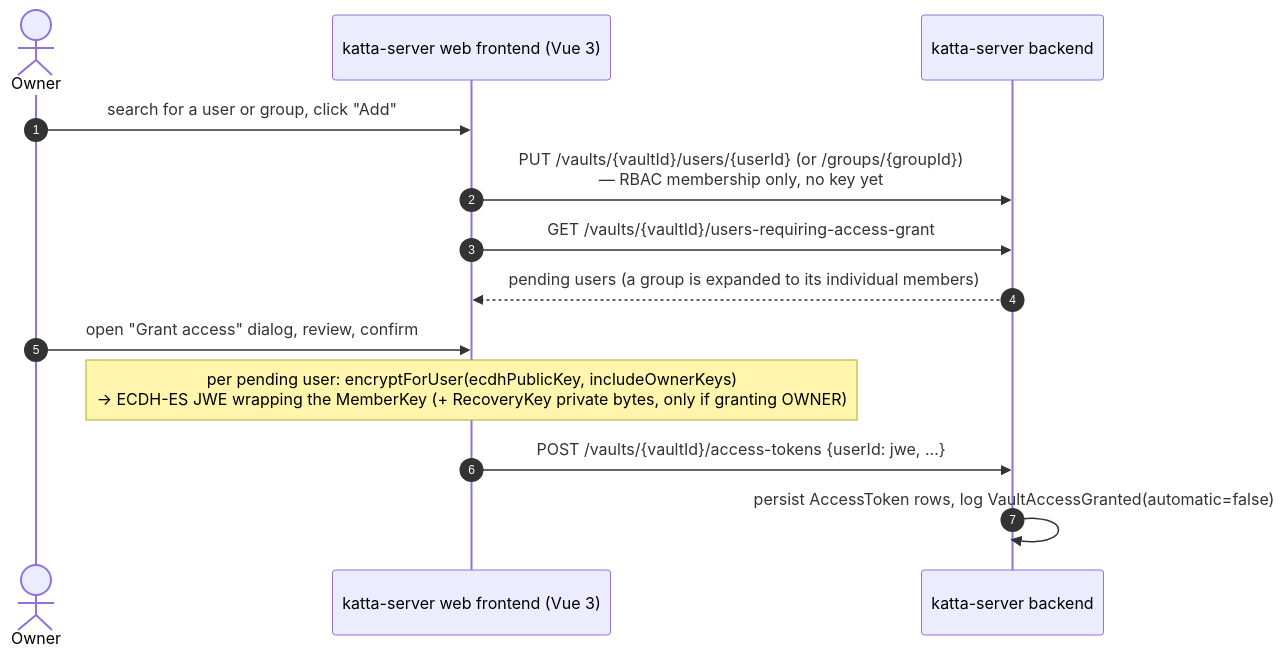
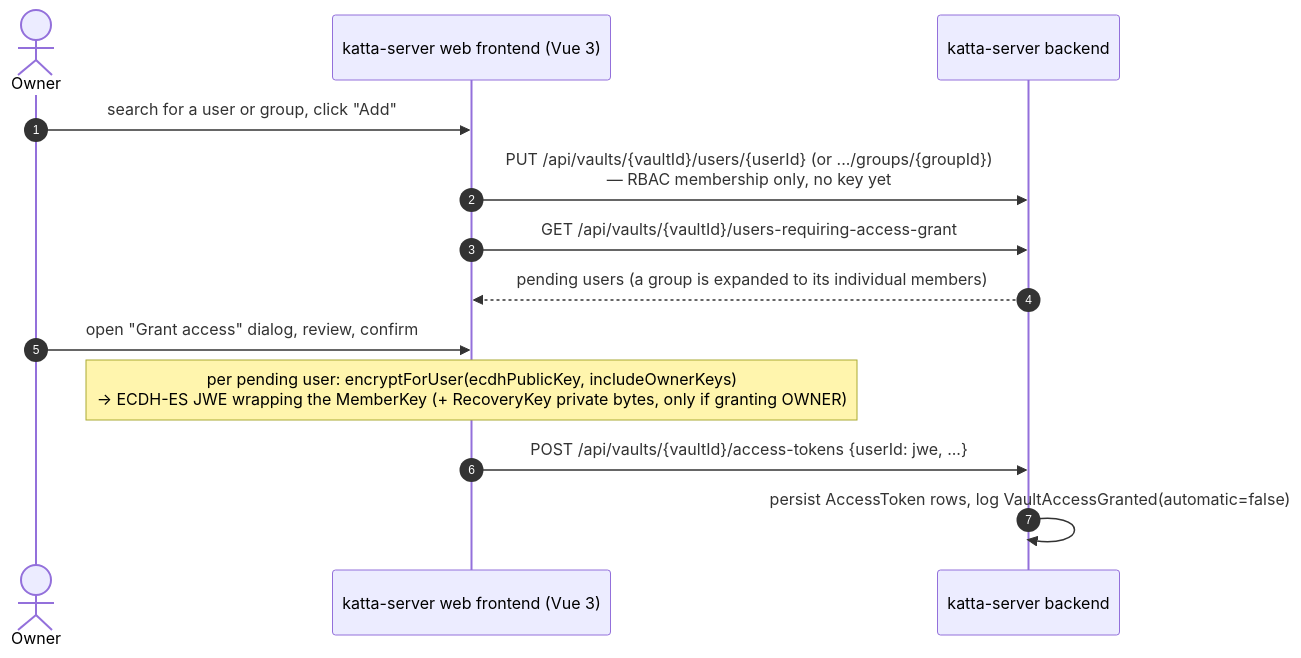
The second of 5 diagrams in docs/access_grant_data_model_interactions.md (shift7-ch/katta-clientlib), drawn with Mermaid before and after one commit. The commit also changed other lines of this file and 3 other files, not shown here.

First line of the commit message:
Normalize all backend endpoint paths to the /api prefix

````diff
--- a/docs/access_grant_data_model_interactions.md
+++ b/docs/access_grant_data_model_interactions.md
@@ -124,15 +124,15 @@
 ```mermaid
 sequenceDiagram
     autonumber
     actor Owner
     participant Web as katta-server web frontend (Vue 3)
     participant HubBackend as katta-server backend
     Owner ->> Web: search for a user or group, click "Add"
-    Web ->> HubBackend: PUT /vaults/{vaultId}/users/{userId} (or /groups/{groupId})<br/>— RBAC membership only, no key yet
-    Web ->> HubBackend: GET /vaults/{vaultId}/users-requiring-access-grant
+    Web ->> HubBackend: PUT /api/vaults/{vaultId}/users/{userId} (or .../groups/{groupId})<br/>— RBAC membership only, no key yet
+    Web ->> HubBackend: GET /api/vaults/{vaultId}/users-requiring-access-grant
     HubBackend -->> Web: pending users (a group is expanded to its individual members)
     Owner ->> Web: open "Grant access" dialog, review, confirm
     Note over Web: per pending user: encryptForUser(ecdhPublicKey, includeOwnerKeys)<br/>→ ECDH-ES JWE wrapping the MemberKey (+ RecoveryKey private bytes, only if granting OWNER)
-    Web ->> HubBackend: POST /vaults/{vaultId}/access-tokens {userId: jwe, ...}
+    Web ->> HubBackend: POST /api/vaults/{vaultId}/access-tokens {userId: jwe, ...}
     HubBackend ->> HubBackend: persist AccessToken rows, log VaultAccessGranted(automatic=false)
 ```
````
